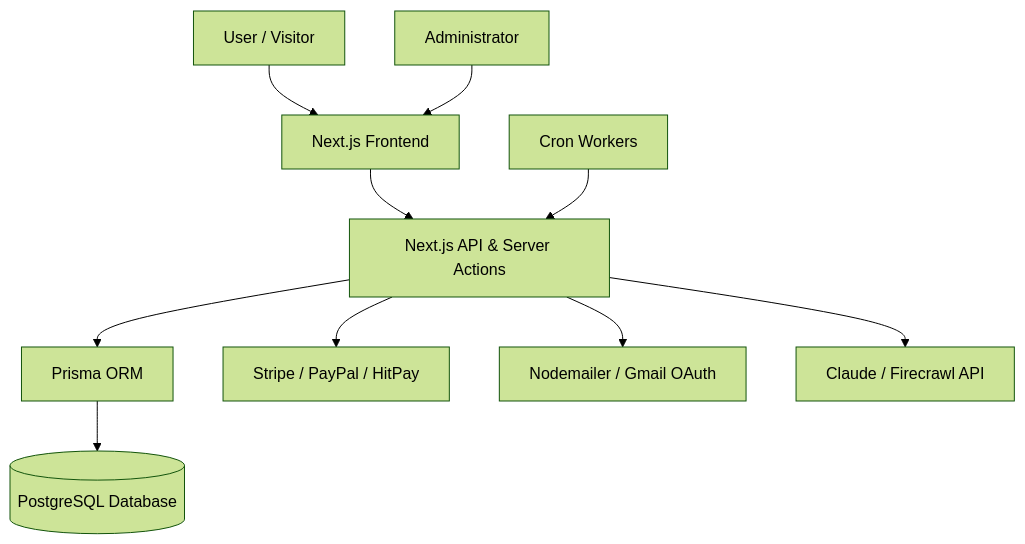
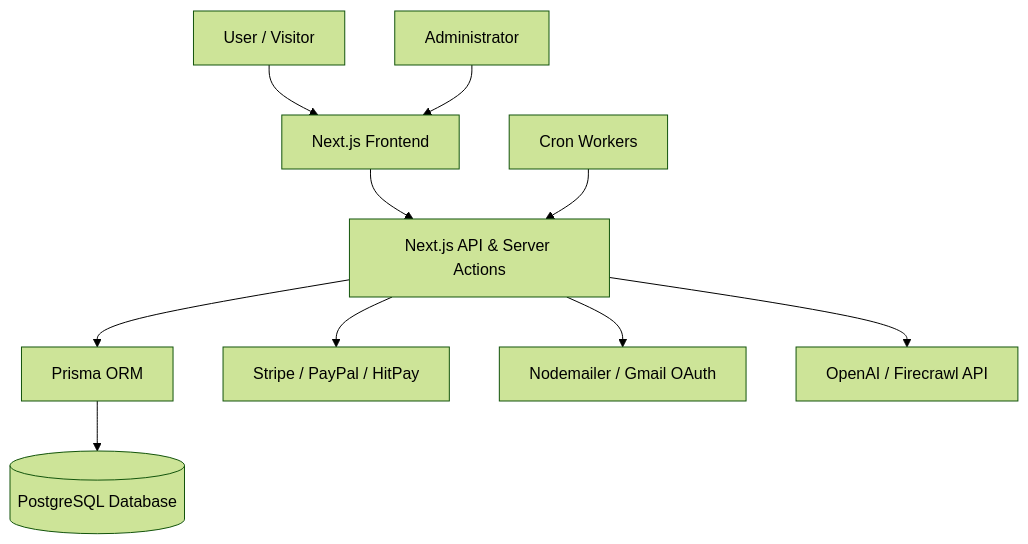
The diagram in README.md (alfredang/ai-exams), drawn with Mermaid (forest theme) before and after one commit. The commit also changed other lines of this file and 37 other files, not shown here.

````diff
--- a/README.md
+++ b/README.md
@@ -224,12 +224,12 @@
 ```mermaid
 flowchart TD
     User[User / Visitor] --> NextUI[Next.js Frontend]
     Admin[Administrator] --> NextUI
     NextUI --> RouteHandlers[Next.js API & Server Actions]
     RouteHandlers --> Prisma[Prisma ORM]
     Prisma --> Postgres[(PostgreSQL Database)]
     RouteHandlers --> Payments[Stripe / PayPal / HitPay]
     RouteHandlers --> Email[Nodemailer / Gmail OAuth]
-    RouteHandlers --> AI[Claude / Firecrawl API]
+    RouteHandlers --> AI[OpenAI / Firecrawl API]
     Cron[Cron Workers] --> RouteHandlers
 ```
````
